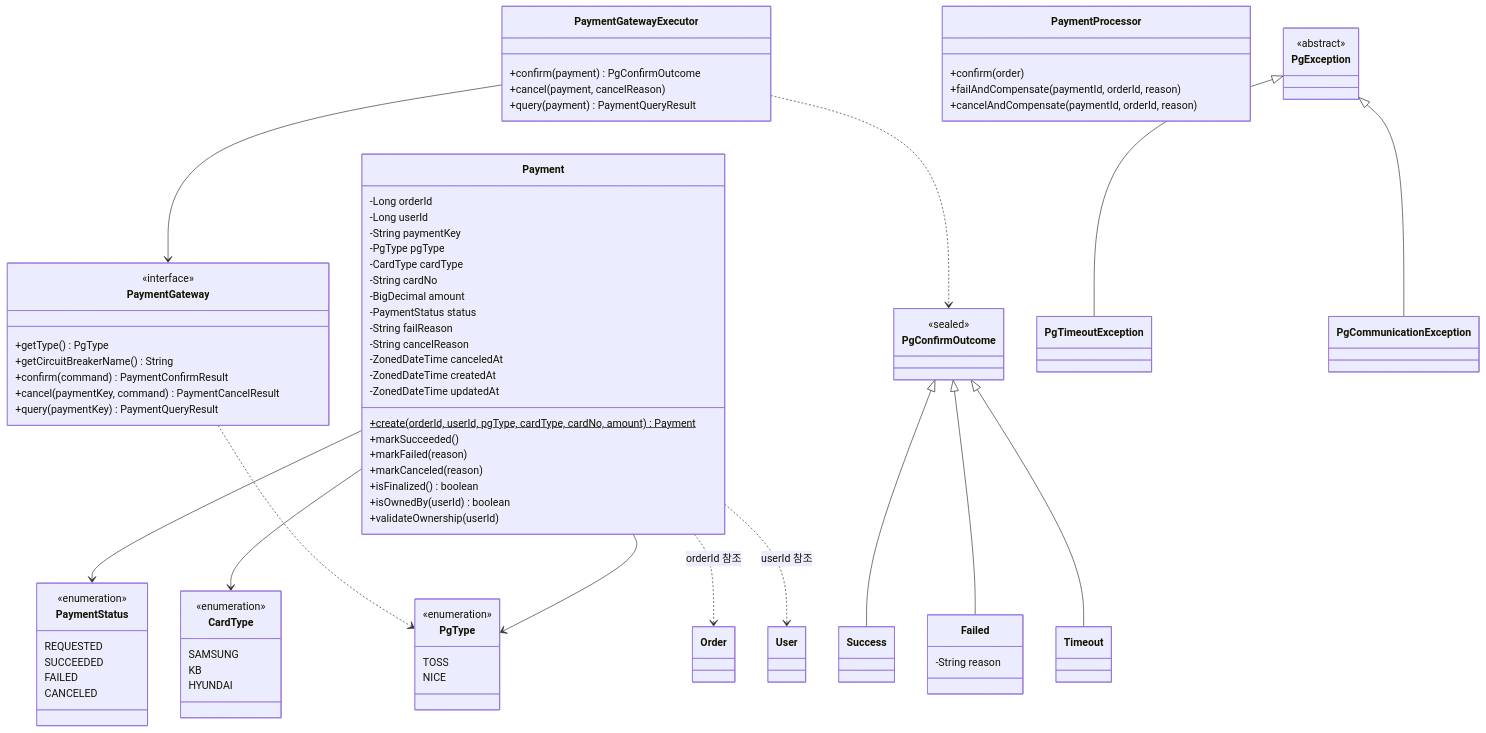
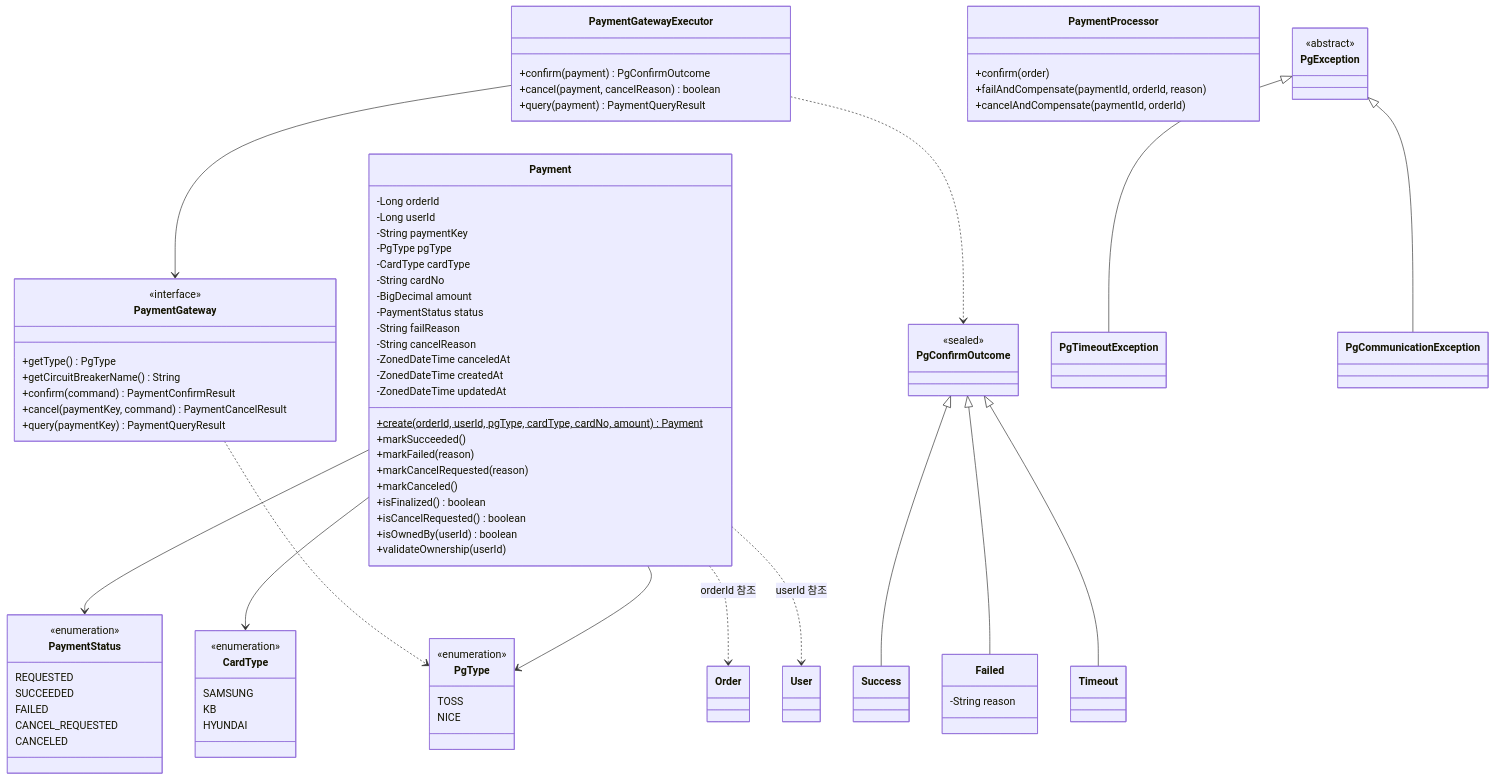
One commit to Loopers-dev-lab/loop-pack-be-l2-vol3-java changed the diagram in docs/design/payment/class-diagram.md. Above: the diagram before and after it, drawn with Mermaid. The commit also changed other lines of this file and 17 other files, not shown here.

First line of the commit message:
refactor: 결제 취소 흐름에 CANCEL_REQUESTED 중간 상태 도입

```diff
--- a/docs/design/payment/class-diagram.md
+++ b/docs/design/payment/class-diagram.md
@@ -24,8 +24,10 @@
         +create(orderId, userId, pgType, cardType, cardNo, amount)$ Payment
         +markSucceeded()
         +markFailed(reason)
-        +markCanceled(reason)
+        +markCancelRequested(reason)
+        +markCanceled()
         +isFinalized() boolean
+        +isCancelRequested() boolean
         +isOwnedBy(userId) boolean
         +validateOwnership(userId)
     }
@@ -35,6 +37,7 @@
         REQUESTED
         SUCCEEDED
         FAILED
+        CANCEL_REQUESTED
         CANCELED
     }
 
@@ -62,7 +65,7 @@
 
     class PaymentGatewayExecutor {
         +confirm(payment) PgConfirmOutcome
-        +cancel(payment, cancelReason)
+        +cancel(payment, cancelReason) boolean
         +query(payment) PaymentQueryResult
     }
 
@@ -80,7 +83,7 @@
     class PaymentProcessor {
         +confirm(order)
         +failAndCompensate(paymentId, orderId, reason)
-        +cancelAndCompensate(paymentId, orderId, reason)
+        +cancelAndCompensate(paymentId, orderId)
     }
 
     class PgException {
```
